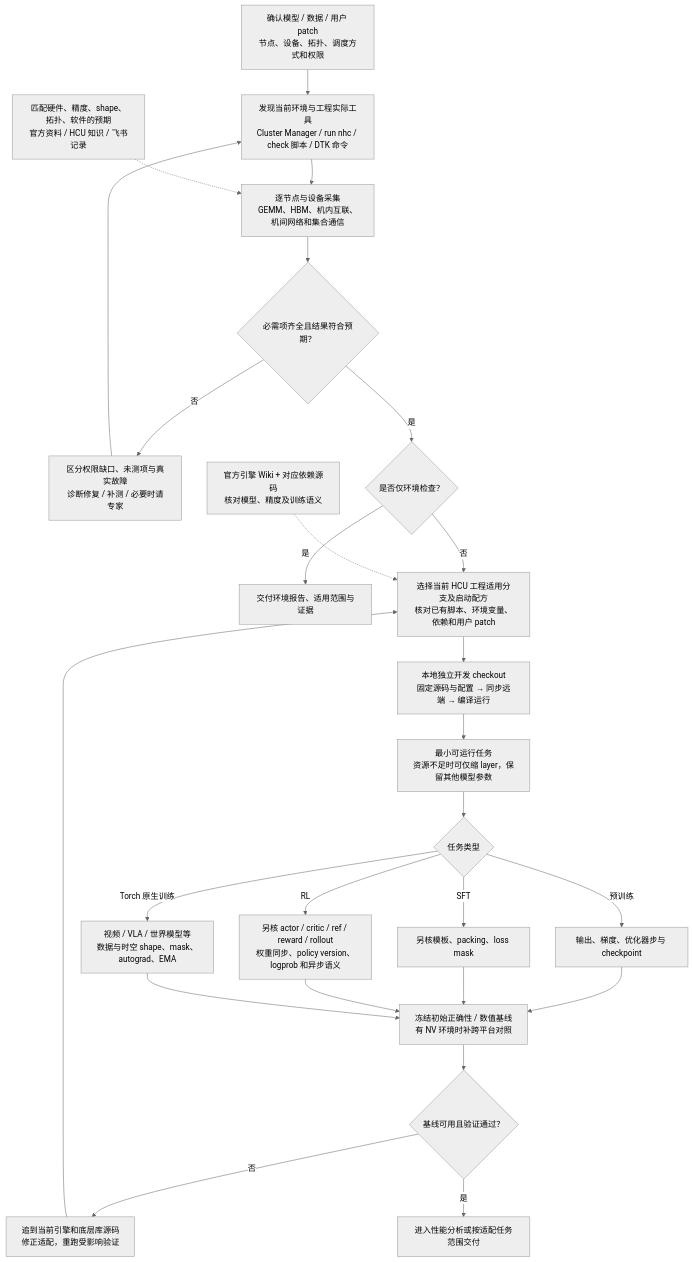
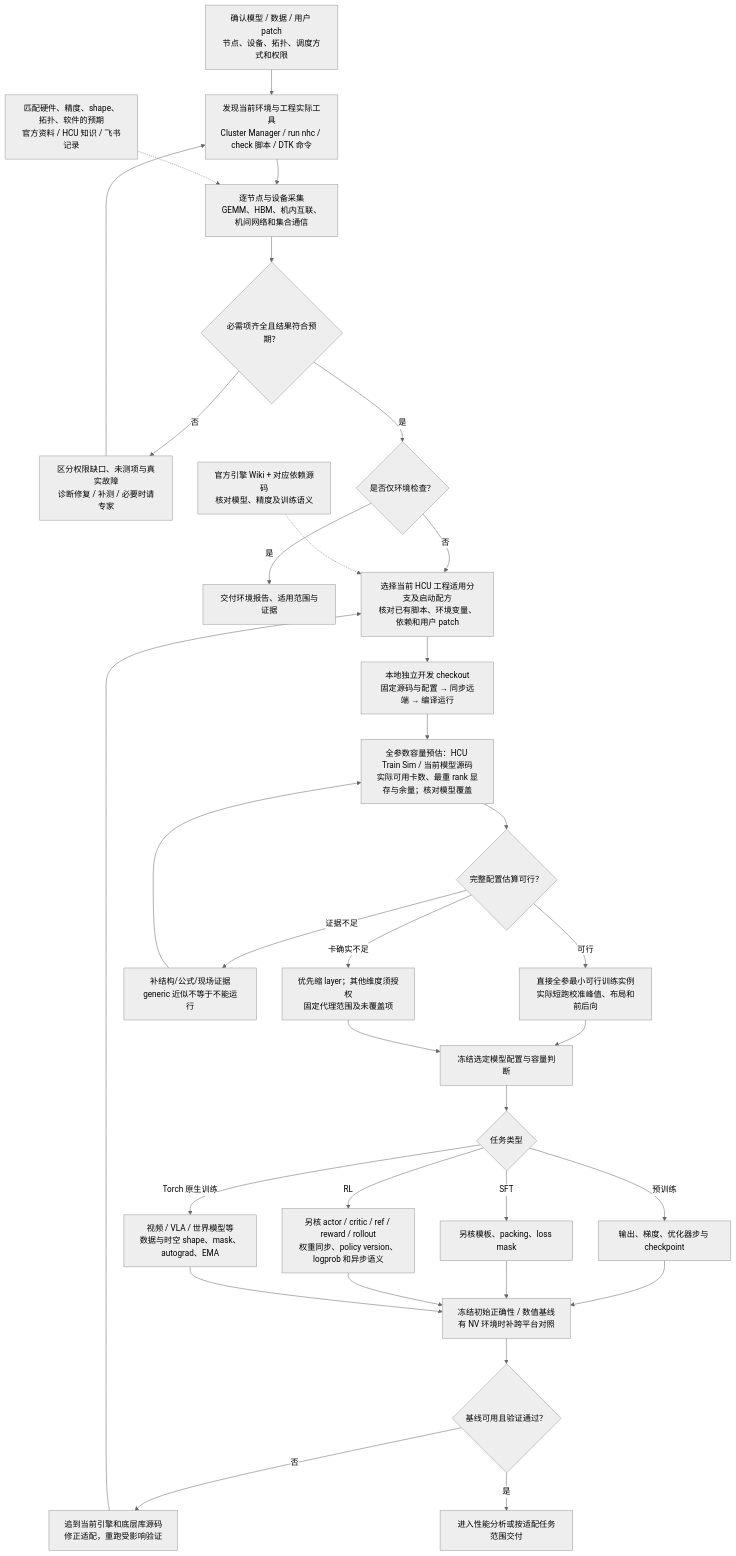
One commit to yuguo-Jack/HCU-TrainFlow changed the second of 12 diagrams in docs/workflow-map.md. Above: the diagram before and after it, drawn with Mermaid (neutral theme). The commit also changed other lines of this file and 50 other files, not shown here.

````diff
--- a/docs/workflow-map.md
+++ b/docs/workflow-map.md
@@ -43,28 +43,35 @@
 ```mermaid
 flowchart TD
     I["确认模型 / 数据 / 用户 patch<br/>节点、设备、拓扑、调度方式和权限"] --> D["发现当前环境与工程实际工具<br/>Cluster Manager / run nhc / check 脚本 / DTK 命令"]
     D --> E["逐节点与设备采集<br/>GEMM、HBM、机内互联、机间网络和集合通信"]
     X["匹配硬件、精度、shape、拓扑、软件的预期<br/>官方资料 / HCU 知识 / 飞书记录"] -.-> E
     E --> EG{"必需项齐全且结果符合预期？"}
     EG -->|否| FIX["区分权限缺口、未测项与真实故障<br/>诊断修复 / 补测 / 必要时请专家"]
     FIX --> D
     EG -->|是| ONLY{"是否仅环境检查？"}
     ONLY -->|是| ER["交付环境报告、适用范围与证据"]
     ONLY -->|否| R["选择当前 HCU 工程适用分支及启动配方<br/>核对已有脚本、环境变量、依赖和用户 patch"]
     W["官方引擎 Wiki + 对应依赖源码<br/>核对模型、精度及训练语义"] -.-> R
     R --> L["本地独立开发 checkout<br/>固定源码与配置 → 同步远端 → 编译运行"]
-    L --> M["最小可运行任务<br/>资源不足时可仅缩 layer，保留其他模型参数"]
+    L --> CAP["全参数容量预估：HCU Train Sim / 当前模型源码<br/>实际可用卡数、最重 rank 显存与余量；核对模型覆盖"]
+    CAP --> FIT{"完整配置估算可行？"}
+    FIT -->|可行| FULL["直接全参最小可行训练实例<br/>实际短跑校准峰值、布局和前后向"]
+    FIT -->|证据不足| CHECK["补结构/公式/现场证据<br/>generic 近似不等于不能运行"]
+    CHECK --> CAP
+    FIT -->|卡确实不足| SMALL["优先缩 layer；其他维度须授权<br/>固定代理范围及未覆盖项"]
+    FULL --> M["冻结选定模型配置与容量判断"]
+    SMALL --> M
     M --> TYPE{"任务类型"}
     TYPE -->|预训练| P["输出、梯度、优化器步与 checkpoint"]
     TYPE -->|SFT| F["另核模板、packing、loss mask"]
     TYPE -->|RL| RL["另核 actor / critic / ref / reward / rollout<br/>权重同步、policy version、logprob 和异步语义"]
     TYPE -->|Torch 原生训练| N["视频 / VLA / 世界模型等<br/>数据与时空 shape、mask、autograd、EMA"]
     P --> B["冻结初始正确性 / 数值基线<br/>有 NV 环境时补跨平台对照"]
     F --> B
     RL --> B
     N --> B
     B --> BG{"基线可用且验证通过？"}
     BG -->|否| BF["追到当前引擎和底层库源码<br/>修正适配，重跑受影响验证"]
     BF --> R
     BG -->|是| OUT["进入性能分析或按适配任务范围交付"]
 ```
````
